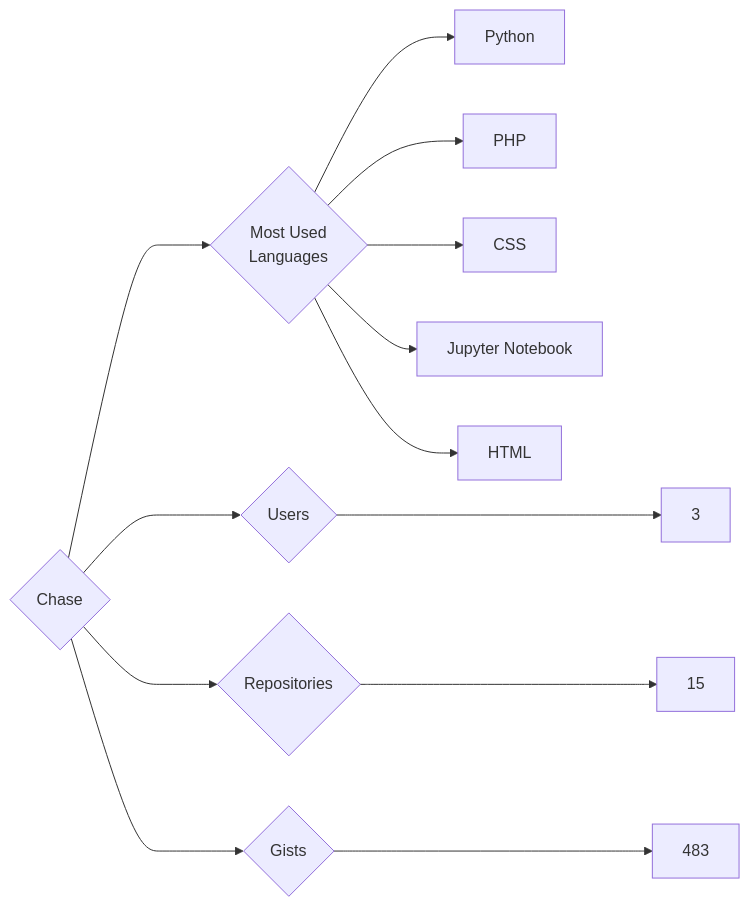
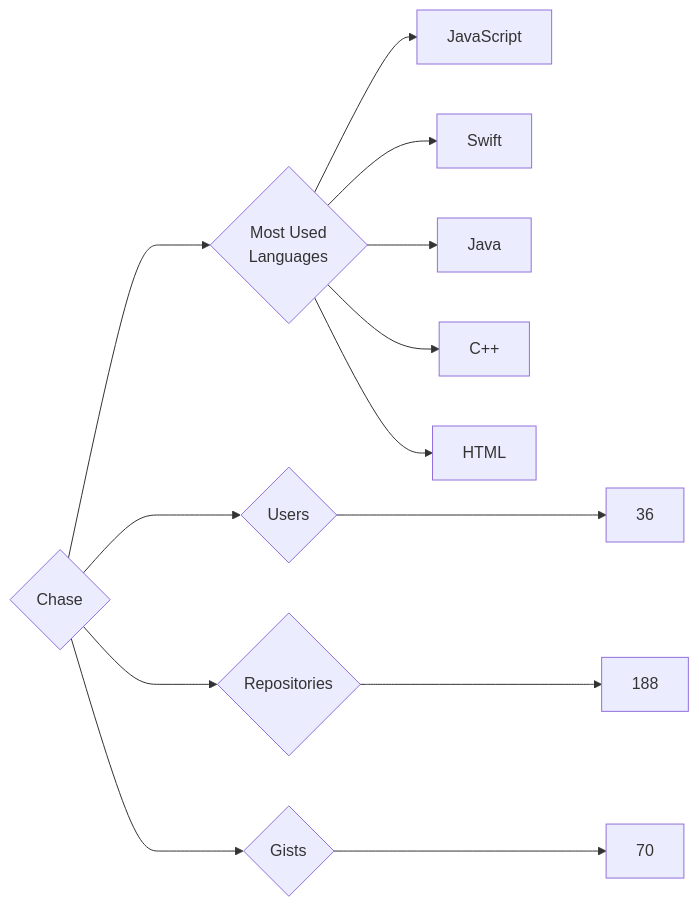
One commit to trickest/insiders changed the diagram in targets/Chase/README.md. Above: the diagram before and after it, drawn with Mermaid. The commit also changed 944 other files, not shown here.

````diff
--- a/targets/Chase/README.md
+++ b/targets/Chase/README.md
@@ -3,13 +3,13 @@
 ```mermaid
 graph LR
 COMPANY_NAME{Chase}
-COMPANY_NAME ---> U{Users} ---> UN[3]
-COMPANY_NAME ---> R{Repositories} ---> RN[15]
-COMPANY_NAME ---> G{Gists} ---> GN[483]
+COMPANY_NAME ---> U{Users} ---> UN[36]
+COMPANY_NAME ---> R{Repositories} ---> RN[188]
+COMPANY_NAME ---> G{Gists} ---> GN[70]
 COMPANY_NAME ---> ML{Most Used<br>Languages}
-ML --> Python[Python]
-ML --> PHP[PHP]
-ML --> CSS[CSS]
-ML --> Jupyter_Notebook[Jupyter Notebook]
+ML --> JavaScript[JavaScript]
+ML --> Swift[Swift]
+ML --> Java[Java]
+ML --> C++[C++]
 ML --> HTML[HTML]
 ```
````
